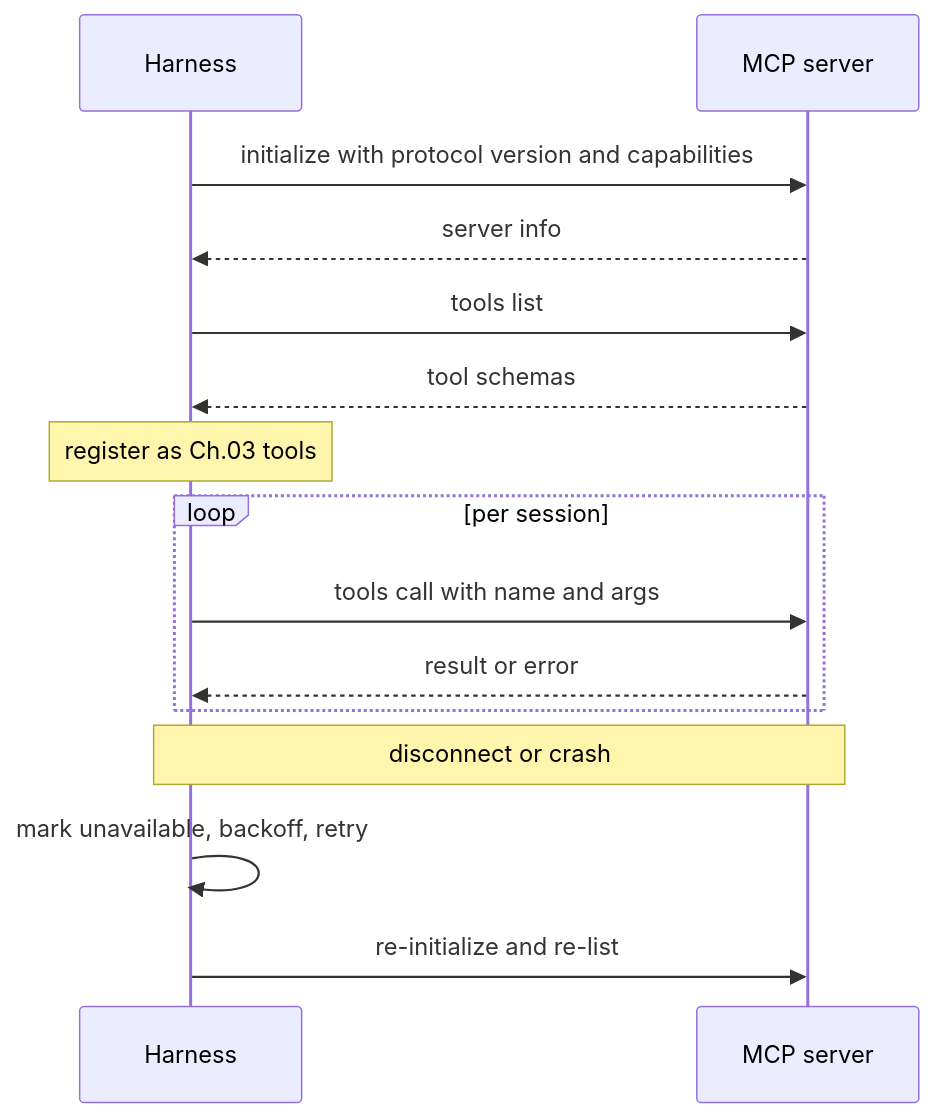
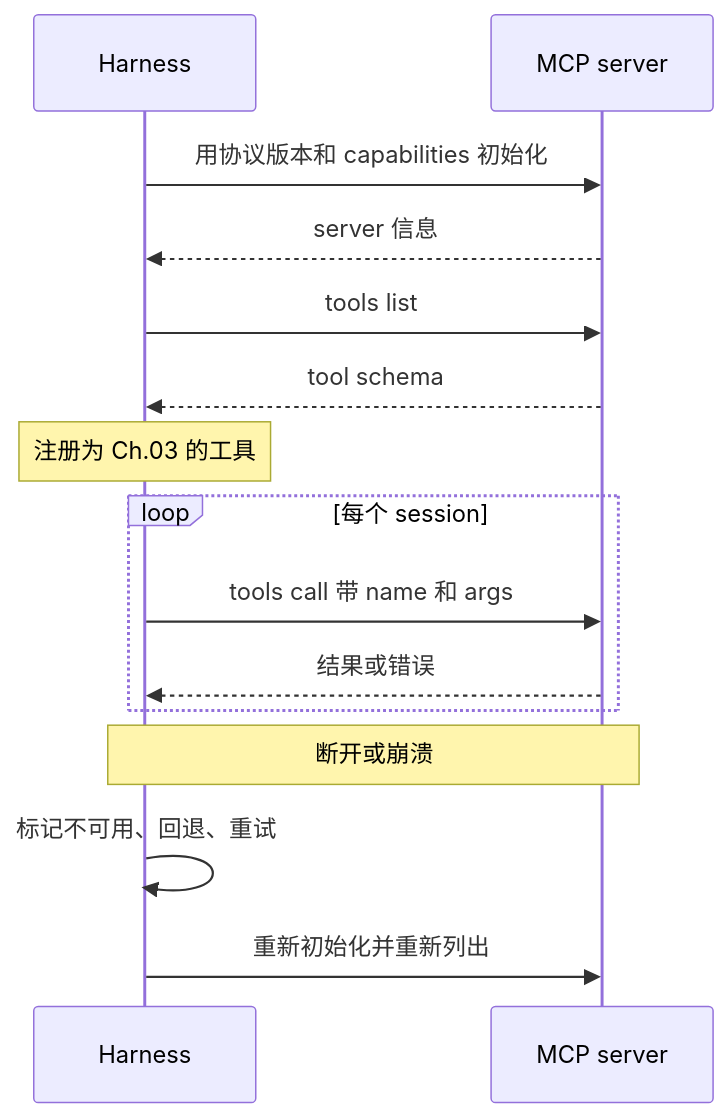
The second of 3 diagrams in course-zh/13-connectors-mcp-ipc.md (ocxers/agentic-ai-system-course-zh), drawn with Mermaid before and after one commit. The commit also changed 14 other files, not shown here.

````diff
--- a/course-zh/13-connectors-mcp-ipc.md
+++ b/course-zh/13-connectors-mcp-ipc.md
@@ -240,18 +240,18 @@
 ```mermaid
 sequenceDiagram
     participant H as Harness
     participant S as MCP server
 
-    H->>S: initialize with protocol version and capabilities
-    S-->>H: server info
+    H->>S: 用协议版本和 capabilities 初始化
+    S-->>H: server 信息
     H->>S: tools list
-    S-->>H: tool schemas
-    Note over H: register as Ch.03 tools
-    loop per session
-        H->>S: tools call with name and args
-        S-->>H: result or error
+    S-->>H: tool schema
+    Note over H: 注册为 Ch.03 的工具
+    loop 每个 session
+        H->>S: tools call 带 name 和 args
+        S-->>H: 结果或错误
     end
-    Note over H,S: disconnect or crash
-    H->>H: mark unavailable, backoff, retry
-    H->>S: re-initialize and re-list
+    Note over H,S: 断开或崩溃
+    H->>H: 标记不可用、回退、重试
+    H->>S: 重新初始化并重新列出
 ```
````
